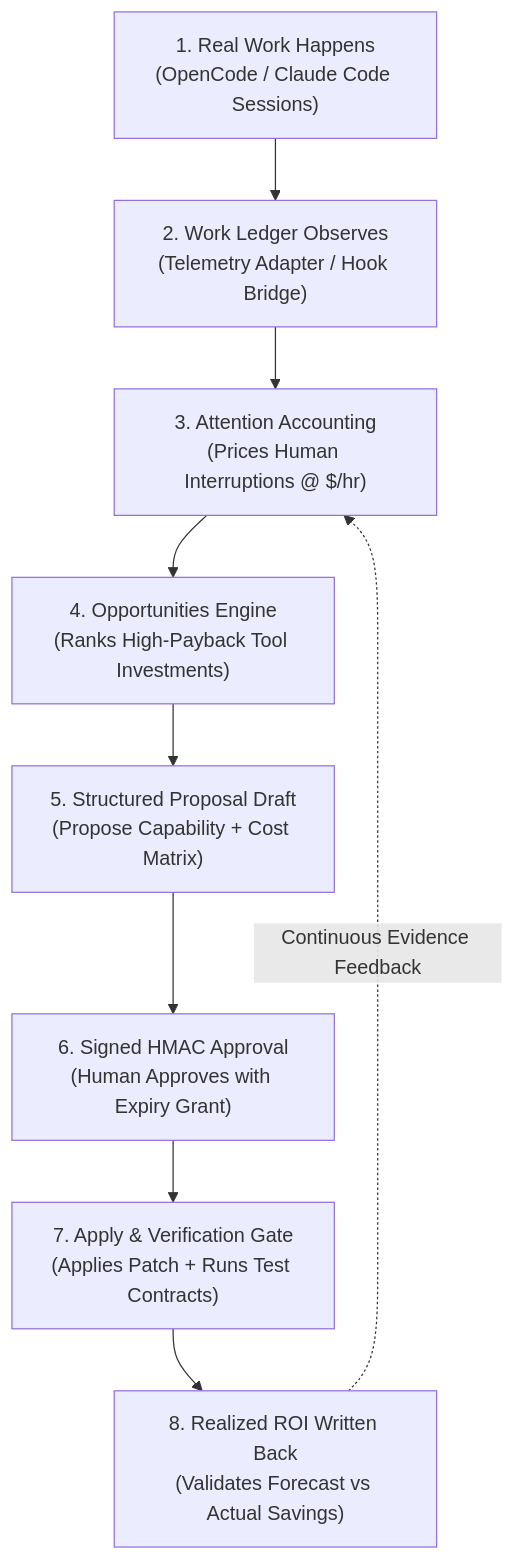
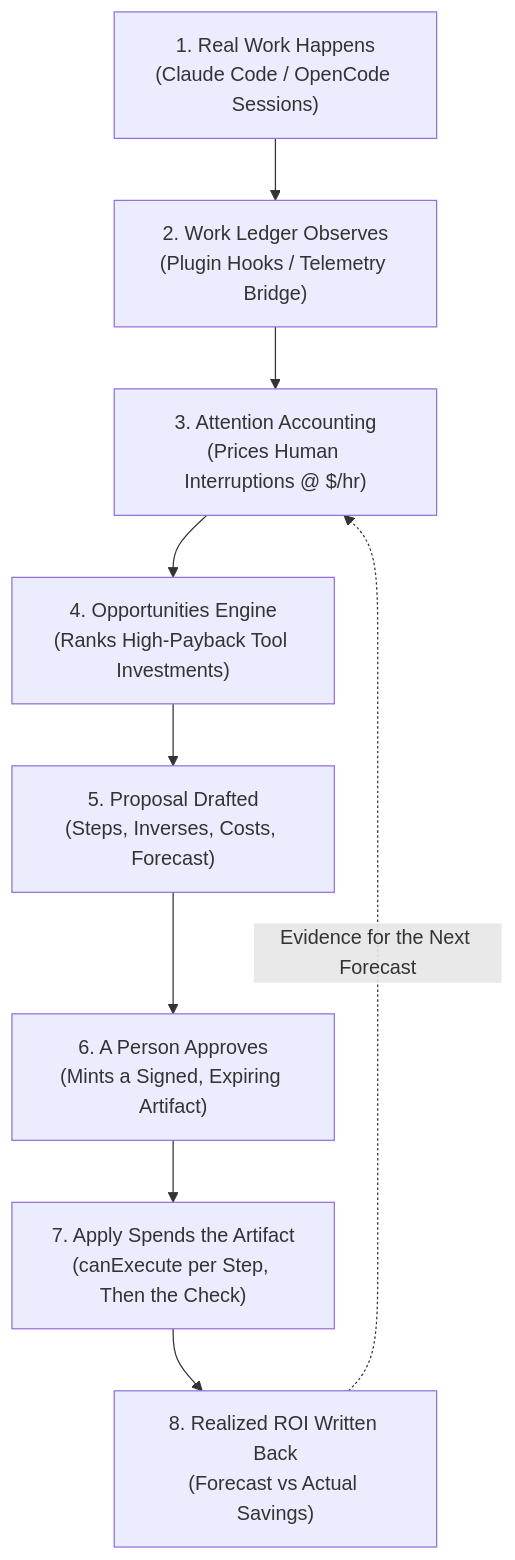
The diagram in docs/deep-dive.md (zz-plant/ambit), drawn with Mermaid before and after one commit. The commit also changed other lines of this file and 17 other files, not shown here.

````diff
--- a/docs/deep-dive.md
+++ b/docs/deep-dive.md
@@ -286,11 +307,11 @@
 ```mermaid
 flowchart TD
-    WORK["1. Real Work Happens\n(OpenCode / Claude Code Sessions)"] --> TELEM["2. Work Ledger Observes\n(Telemetry Adapter / Hook Bridge)"]
+    WORK["1. Real Work Happens\n(Claude Code / OpenCode Sessions)"] --> TELEM["2. Work Ledger Observes\n(Plugin Hooks / Telemetry Bridge)"]
     TELEM --> ATTN["3. Attention Accounting\n(Prices Human Interruptions @ $/hr)"]
     ATTN --> OPP["4. Opportunities Engine\n(Ranks High-Payback Tool Investments)"]
-    OPP --> PROP["5. Structured Proposal Draft\n(Propose Capability + Cost Matrix)"]
-    PROP --> APP["6. Signed HMAC Approval\n(Human Approves with Expiry Grant)"]
-    APP --> APPLY["7. Apply & Verification Gate\n(Applies Patch + Runs Test Contracts)"]
-    APPLY --> ROI["8. Realized ROI Written Back\n(Validates Forecast vs Actual Savings)"]
-    ROI -.->|"Continuous Evidence Feedback"| ATTN
+    OPP --> PROP["5. Proposal Drafted\n(Steps, Inverses, Costs, Forecast)"]
+    PROP --> APP["6. A Person Approves\n(Mints a Signed, Expiring Artifact)"]
+    APP --> APPLY["7. Apply Spends the Artifact\n(canExecute per Step, Then the Check)"]
+    APPLY --> ROI["8. Realized ROI Written Back\n(Forecast vs Actual Savings)"]
+    ROI -.->|"Evidence for the Next Forecast"| ATTN
 ```
````
